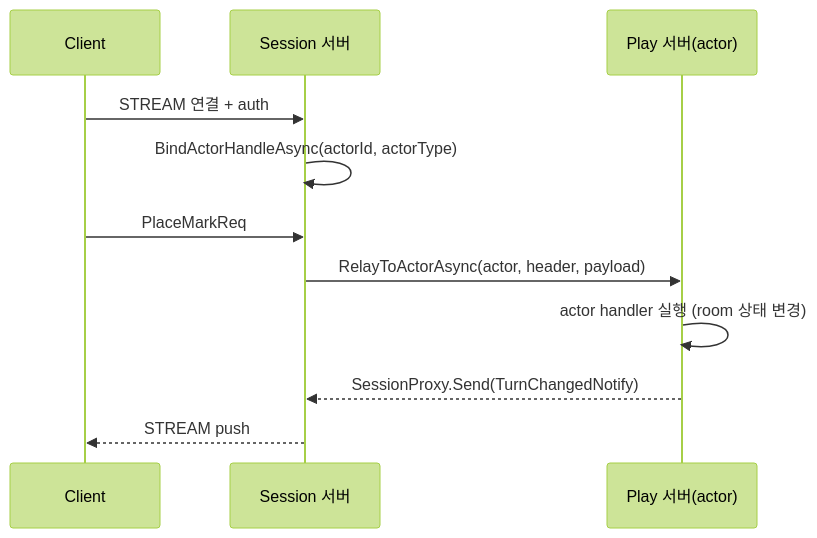
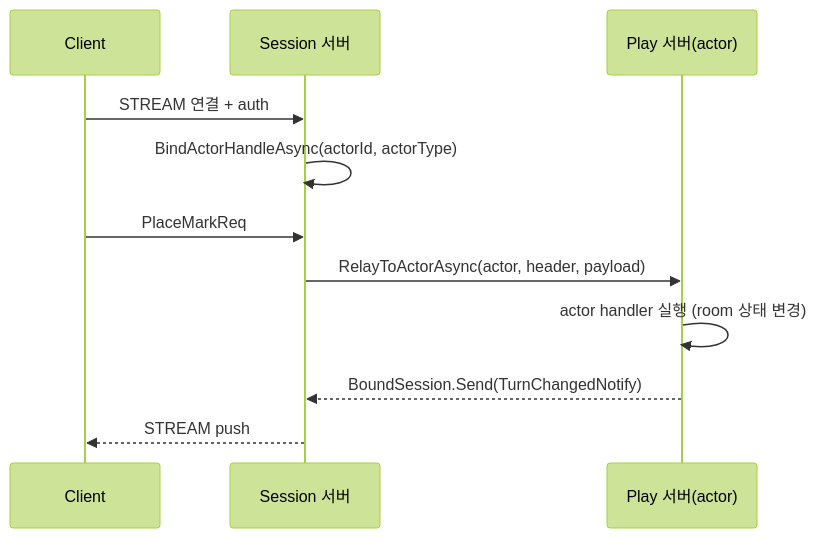
One commit to kairos-code-dev/zlink changed the diagram in framework/languages/dotnet/doc/guide/06-actor-session.ko.md. Above: the diagram before and after it, drawn with Mermaid (forest theme). The commit also changed other lines of this file and 24 other files, not shown here.

````diff
--- a/framework/languages/dotnet/doc/guide/06-actor-session.ko.md
+++ b/framework/languages/dotnet/doc/guide/06-actor-session.ko.md
@@ -181,13 +183,13 @@
 ```mermaid
 sequenceDiagram
   participant C as Client
   participant S as Session 서버
   participant P as Play 서버(actor)
   C->>S: STREAM 연결 + auth
   S->>S: BindActorHandleAsync(actorId, actorType)
   C->>S: PlaceMarkReq
   S->>P: RelayToActorAsync(actor, header, payload)
   P->>P: actor handler 실행 (room 상태 변경)
-  P-->>S: SessionProxy.Send(TurnChangedNotify)
+  P-->>S: BoundSession.Send(TurnChangedNotify)
   S-->>C: STREAM push
 ```
````
